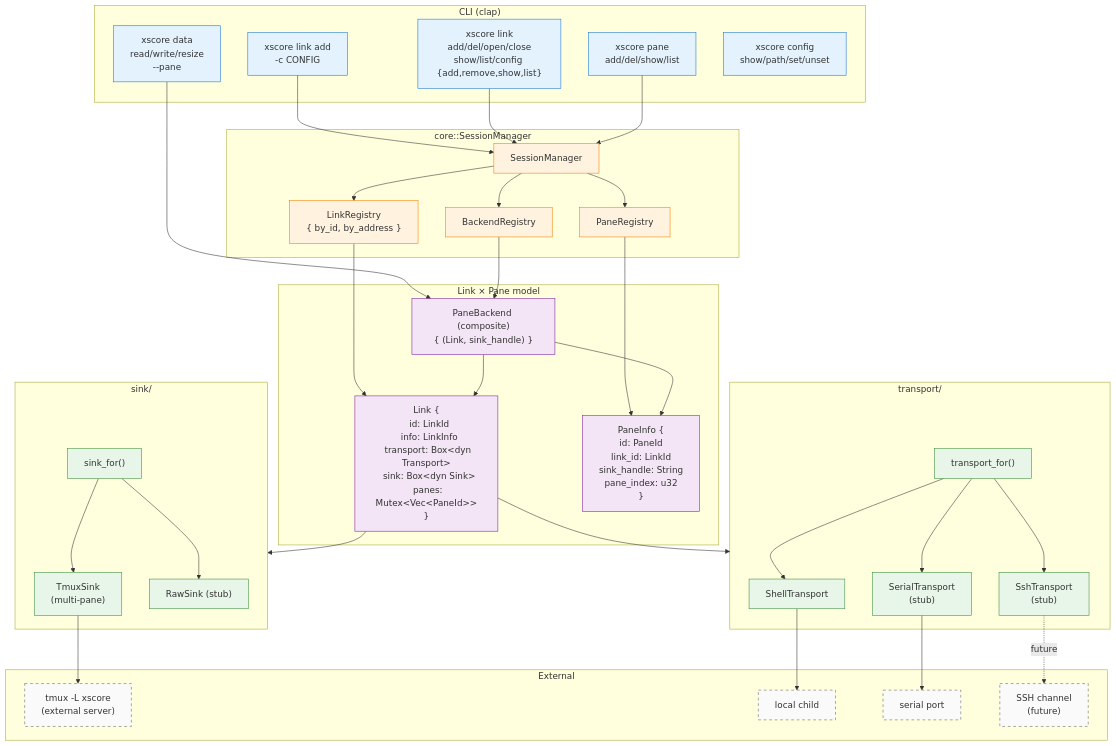
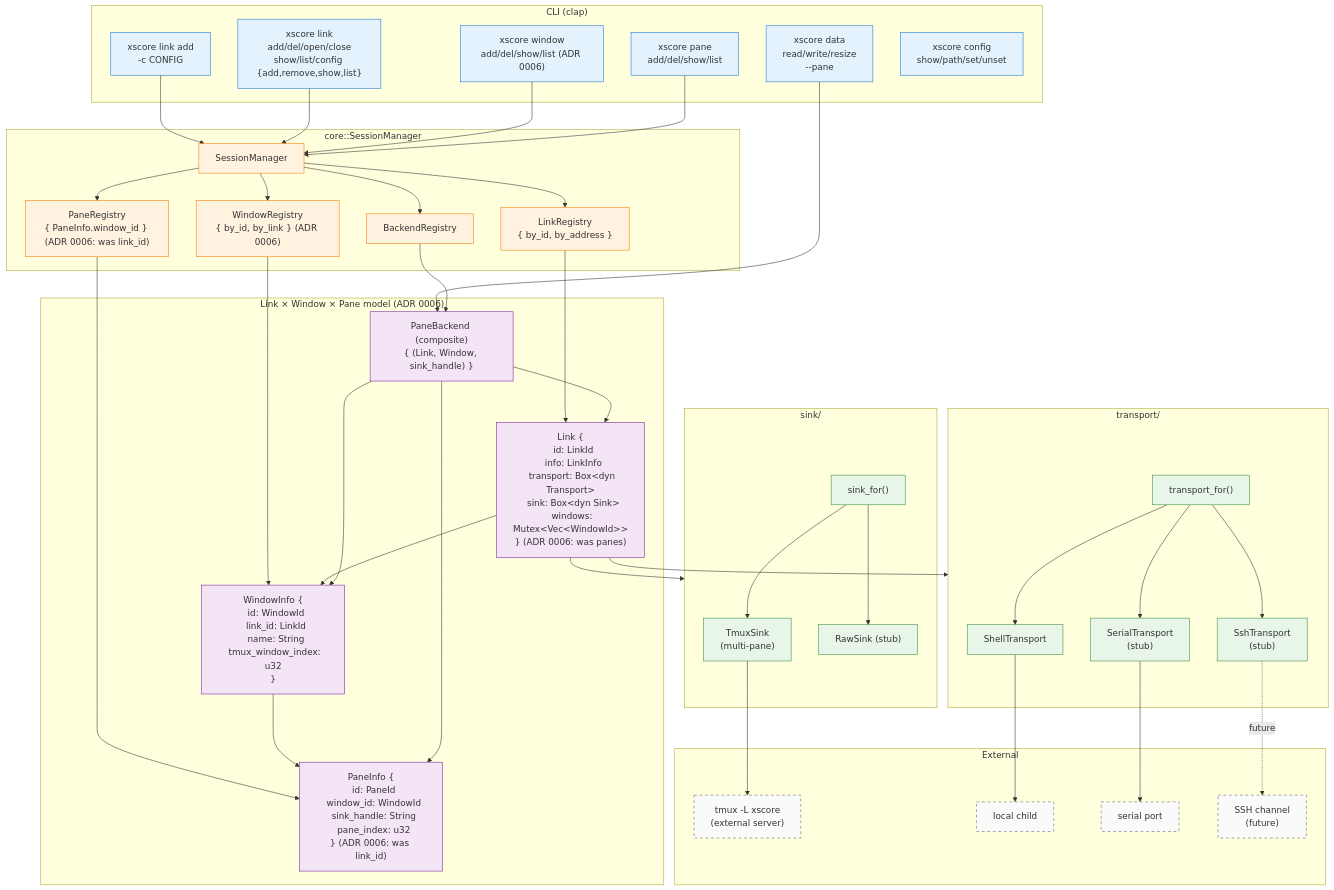
One commit to xiaoshan1234/xscore changed the first of 3 diagrams in doc/dev/architecture/diagrams/README.md. Above: the diagram before and after it, drawn with Mermaid. The commit also changed other lines of this file and 13 other files, not shown here.

````diff
--- a/doc/dev/architecture/diagrams/README.md
+++ b/doc/dev/architecture/diagrams/README.md
@@ -24,6 +24,7 @@
     subgraph CLI ["CLI (clap)"]
         Connect["xscore link add<br/>-c CONFIG"]
         LinkCmd["xscore link<br/>add/del/open/close<br/>show/list/config {add,remove,show,list}"]
+        WindowCmd["xscore window<br/>add/del/show/list (ADR 0006)"]
         PaneCmd["xscore pane<br/>add/del/show/list"]
         DataCmd["xscore data<br/>read/write/resize<br/>--pane"]
         ConfigCmd["xscore config<br/>show/path/set/unset"]
@@ -32,14 +33,16 @@
     subgraph Core ["core::SessionManager"]
         SM["SessionManager"]
         LR["LinkRegistry<br/>{ by_id, by_address }"]
-        PR["PaneRegistry"]
+        WR["WindowRegistry<br/>{ by_id, by_link } (ADR 0006)"]
+        PR["PaneRegistry<br/>{ PaneInfo.window_id } (ADR 0006: was link_id)"]
         BR["BackendRegistry"]
     end
 
-    subgraph LinkModel ["Link × Pane model"]
-        Link["Link {<br/>  id: LinkId<br/>  info: LinkInfo<br/>  transport: Box&lt;dyn Transport&gt;<br/>  sink: Box&lt;dyn Sink&gt;<br/>  panes: Mutex&lt;Vec&lt;PaneId&gt;&gt;<br/>}"]
-        Pane["PaneInfo {<br/>  id: PaneId<br/>  link_id: LinkId<br/>  sink_handle: String<br/>  pane_index: u32<br/>}"]
-        PB["PaneBackend (composite)<br/>{ (Link, sink_handle) }"]
+    subgraph LinkModel ["Link × Window × Pane model (ADR 0006)"]
+        Link["Link {<br/>  id: LinkId<br/>  info: LinkInfo<br/>  transport: Box&lt;dyn Transport&gt;<br/>  sink: Box&lt;dyn Sink&gt;<br/>  windows: Mutex&lt;Vec&lt;WindowId&gt;&gt;<br/>} (ADR 0006: was panes)"]
+        Window["WindowInfo {<br/>  id: WindowId<br/>  link_id: LinkId<br/>  name: String<br/>  tmux_window_index: u32<br/>}"]
+        Pane["PaneInfo {<br/>  id: PaneId<br/>  window_id: WindowId<br/>  sink_handle: String<br/>  pane_index: u32<br/>} (ADR 0006: was link_id)"]
+        PB["PaneBackend (composite)<br/>{ (Link, Window, sink_handle) }"]
     end
 
     subgraph TransportLayer ["transport/"]
@@ -64,18 +67,24 @@
 
     Connect --> SM
     LinkCmd --> SM
+    WindowCmd --> SM
     PaneCmd --> SM
     DataCmd --> PB
     SM --> LR
+    SM --> WR
     SM --> PR
     SM --> BR
     LR --> Link
+    WR --> Window
     PR --> Pane
     BR --> PB
     Link --> TransportLayer
     Link --> SinkLayer
+    Link --> Window
+    Window --> Pane
     PB --> Link
     PB --> Pane
+    PB --> Window
 
     TIF --> TS
     TIF --> TT
@@ -94,9 +103,9 @@
     classDef layer fill:#e8f5e9,stroke:#388e3c
     classDef external fill:#fafafa,stroke:#616161,stroke-dasharray: 5 5
 
-    class Connect,LinkCmd,PaneCmd,DataCmd,ConfigCmd cli
-    class SM,LR,PR,BR core
-    class Link,Pane,PB model
+    class Connect,LinkCmd,WindowCmd,PaneCmd,DataCmd,ConfigCmd cli
+    class SM,LR,WR,PR,BR core
+    class Link,Window,Pane,PB model
     class TS,TT,TU,TIF,ST,SR,SIF layer
     class TMUX,Shell,Serial,SSH external
 ```
````
